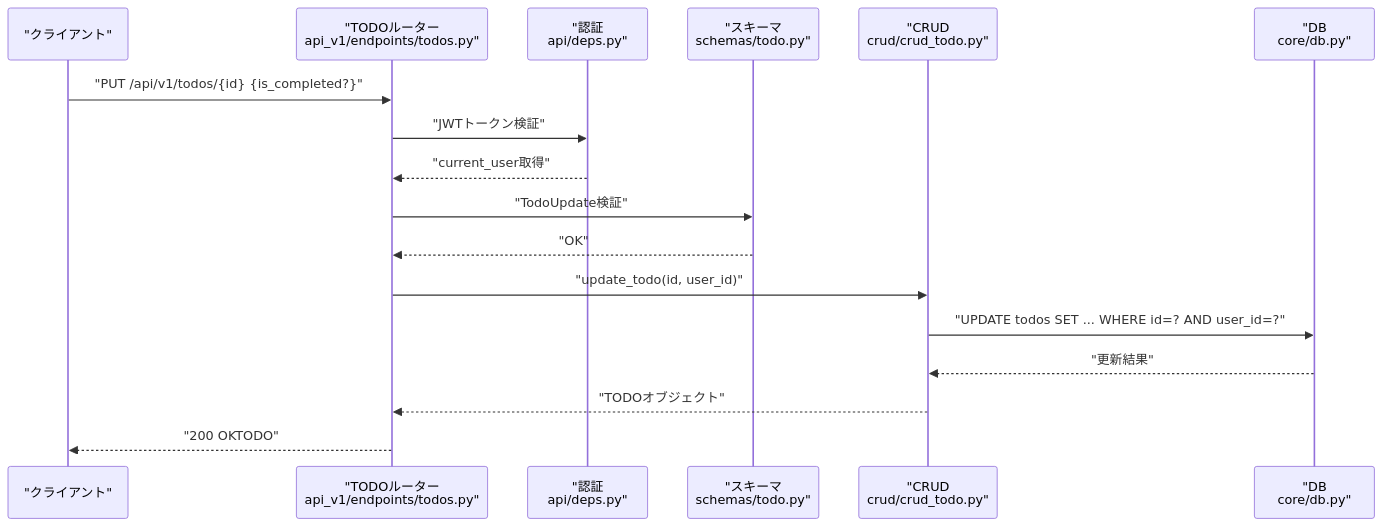
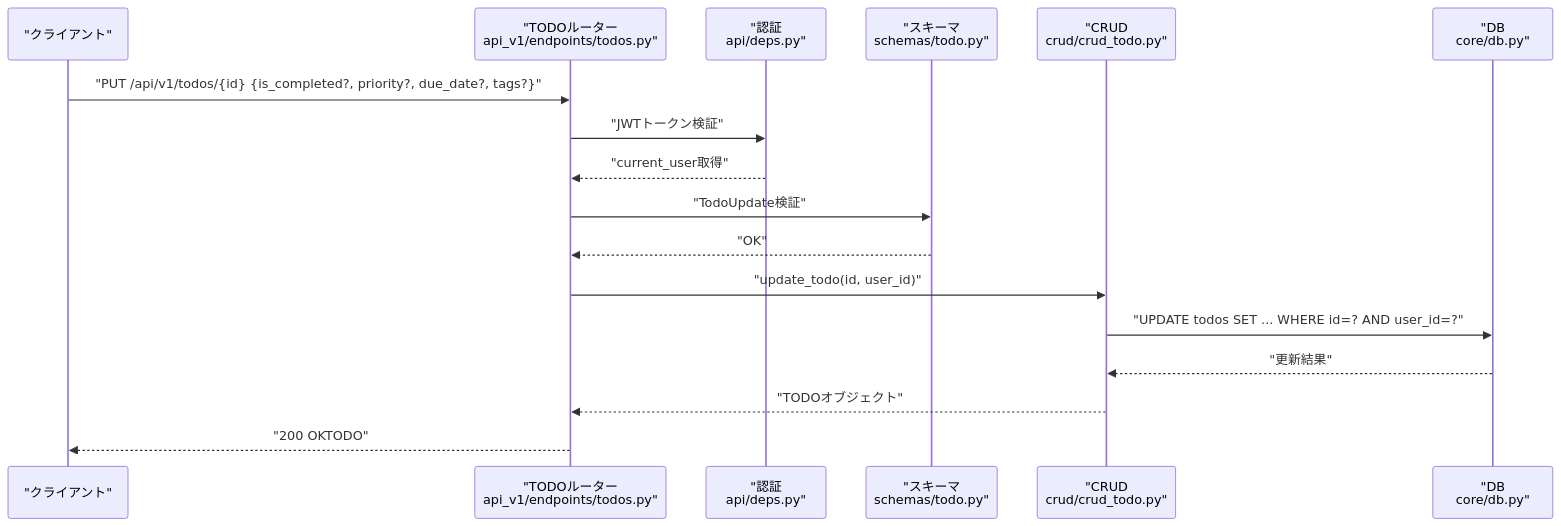
The fifth of 7 diagrams in .qoder/repowiki/ja/content/APIリファレンス/TODO管理API.md (ss8806/Todos), drawn with Mermaid before and after one commit. The commit also changed other lines of this file and 5 other files, not shown here.

First line of the commit message:
📐 Architecture Diagram詳細化

````diff
--- a/.qoder/repowiki/ja/content/APIリファレンス/TODO管理API.md
+++ b/.qoder/repowiki/ja/content/APIリファレンス/TODO管理API.md
@@ -342,19 +355,19 @@
 ```mermaid
 sequenceDiagram
 participant C as "クライアント"
 participant R as "TODOルーター<br/>api_v1/endpoints/todos.py"
 participant A as "認証<br/>api/deps.py"
 participant V as "スキーマ<br/>schemas/todo.py"
 participant U as "CRUD<br/>crud/crud_todo.py"
 participant D as "DB<br/>core/db.py"
-C->>R : "PUT /api/v1/todos/{id} {is_completed?}"
+C->>R : "PUT /api/v1/todos/{id} {is_completed?, priority?, due_date?, tags?}"
 R->>A : "JWTトークン検証"
 A-->>R : "current_user取得"
 R->>V : "TodoUpdate検証"
 V-->>R : "OK"
 R->>U : "update_todo(id, user_id)"
 U->>D : "UPDATE todos SET ... WHERE id=? AND user_id=?"
 D-->>U : "更新結果"
 U-->>R : "TODOオブジェクト"
 R-->>C : "200 OKTODO"
 ```
````
